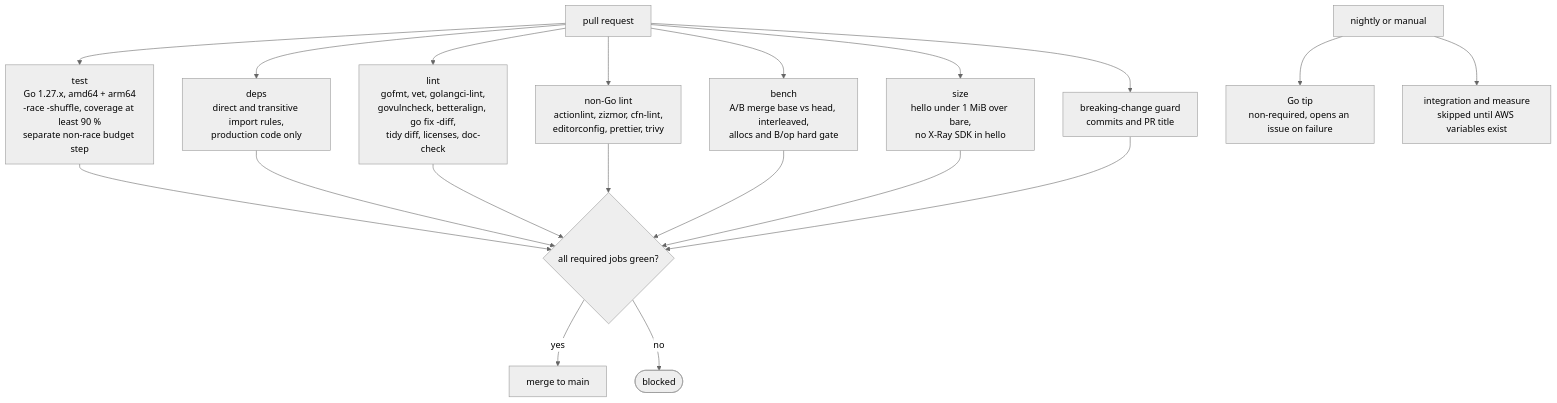
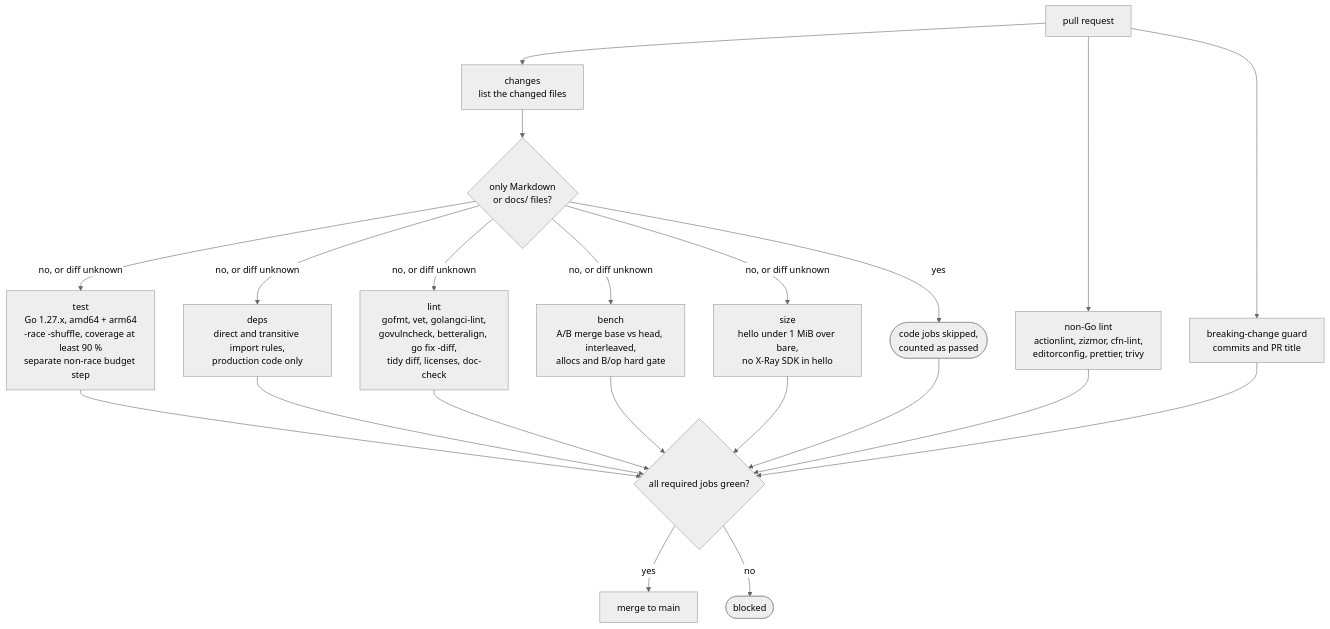
Before and after one commit to christiangda/powertools-lambda-go-plan: the first of 2 diagrams in 06-testing-and-ci.md, drawn with Mermaid (neutral theme). The commit also changed other lines of this file and 11 other files, not shown here.

````diff
--- a/06-testing-and-ci.md
+++ b/06-testing-and-ci.md
@@ -296,15 +399,16 @@
 ```mermaid
 flowchart TB
-  pr["pull request"] --> test["test<br/>Go 1.27.x, amd64 + arm64<br/>-race -shuffle, coverage at least 90 %<br/>separate non-race budget step"]
-  pr --> deps["deps<br/>direct and transitive import rules,<br/>production code only"]
-  pr --> lint["lint<br/>gofmt, vet, golangci-lint,<br/>govulncheck, betteralign, go fix -diff,<br/>tidy diff, licenses, doc-check"]
+  pr["pull request"] --> changes["changes<br/>list the changed files"]
   pr --> nongo["non-Go lint<br/>actionlint, zizmor, cfn-lint,<br/>editorconfig, prettier, trivy"]
-  pr --> bench["bench<br/>A/B merge base vs head, interleaved,<br/>allocs and B/op hard gate"]
-  pr --> size["size<br/>hello under 1 MiB over bare,<br/>no X-Ray SDK in hello"]
   pr --> guard["breaking-change guard<br/>commits and PR title"]
-  test & deps & lint & nongo & bench & size & guard --> merge{"all required jobs green?"}
+  changes --> docs{"only Markdown<br/>or docs/ files?"}
+  docs -- yes --> skip(["code jobs skipped,<br/>counted as passed"])
+  docs -- "no, or diff unknown" --> test["test<br/>Go 1.27.x, amd64 + arm64<br/>-race -shuffle, coverage at least 90 %<br/>separate non-race budget step"]
+  docs -- "no, or diff unknown" --> deps["deps<br/>direct and transitive import rules,<br/>production code only"]
+  docs -- "no, or diff unknown" --> lint["lint<br/>gofmt, vet, golangci-lint,<br/>govulncheck, betteralign, go fix -diff,<br/>tidy diff, licenses, doc-check"]
+  docs -- "no, or diff unknown" --> bench["bench<br/>A/B merge base vs head, interleaved,<br/>allocs and B/op hard gate"]
+  docs -- "no, or diff unknown" --> size["size<br/>hello under 1 MiB over bare,<br/>no X-Ray SDK in hello"]
+  test & deps & lint & bench & size & skip & nongo & guard --> merge{"all required jobs green?"}
   merge -- yes --> main["merge to main"]
   merge -- no --> stop(["blocked"])
-  nightly["nightly or manual"] --> tip["Go tip<br/>non-required, opens an issue on failure"]
-  nightly --> integ["integration and measure<br/>skipped until AWS variables exist"]
 ```
````
